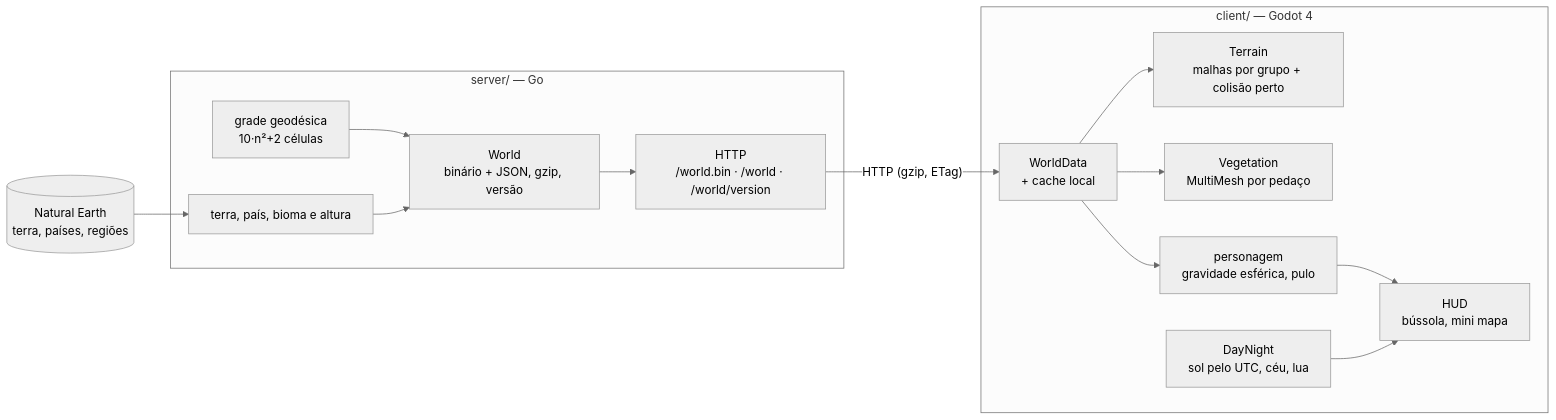
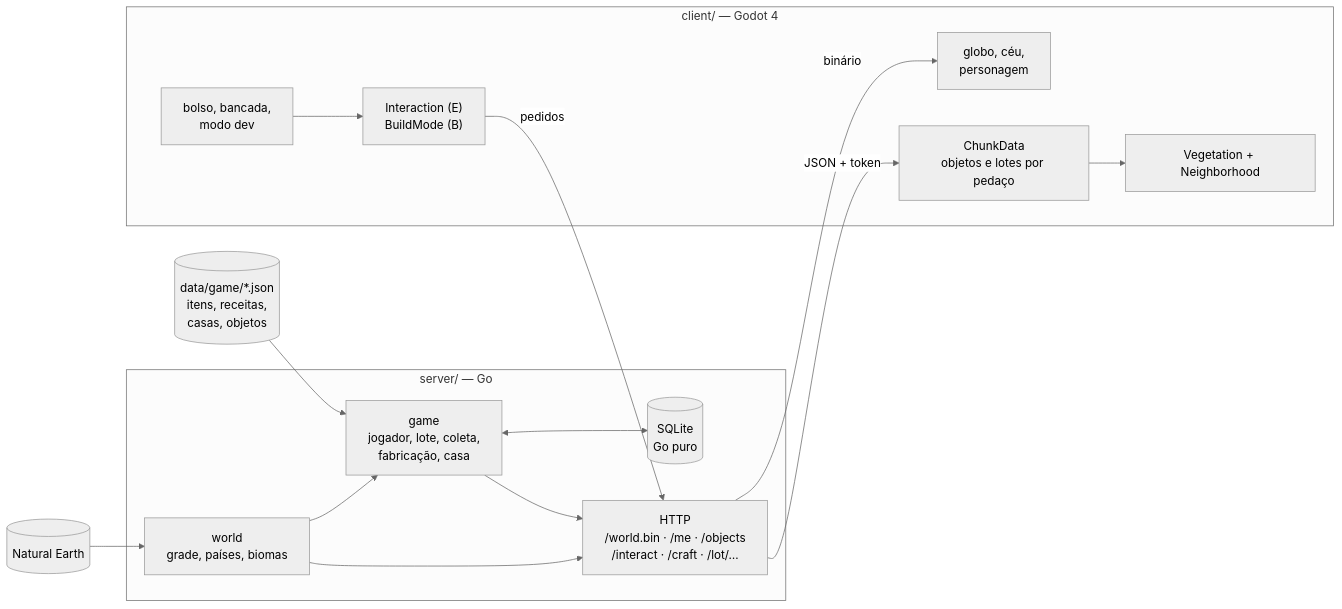
One commit to Dustyluc123/goblo changed the diagram in README.md. Above: the diagram before and after it, drawn with Mermaid (neutral theme). The commit also changed other lines of this file and 12 other files, not shown here.

````diff
--- a/README.md
+++ b/README.md
@@ -125,28 +145,29 @@
 ```mermaid
 flowchart LR
-    ne[("Natural Earth<br/>terra, países, regiões")]
+    ne[("Natural Earth")]
+    content[("data/game/*.json<br/>itens, receitas,<br/>casas, objetos")]
     subgraph server["server/ — Go"]
-        grid["grade geodésica<br/>10·n²+2 células"]
-        terrain["terra, país, bioma e altura"]
-        world["World<br/>binário + JSON, gzip, versão"]
-        api["HTTP<br/>/world.bin · /world · /world/version"]
+        world["world<br/>grade, países, biomas"]
+        game["game<br/>jogador, lote, coleta,<br/>fabricação, casa"]
+        db[("SQLite<br/>Go puro")]
+        api["HTTP<br/>/world.bin · /me · /objects<br/>/interact · /craft · /lot/…"]
     end
     subgraph client["client/ — Godot 4"]
-        data["WorldData<br/>+ cache local"]
-        mesh["Terrain<br/>malhas por grupo + colisão perto"]
-        veg["Vegetation<br/>MultiMesh por pedaço"]
-        player["personagem<br/>gravidade esférica, pulo"]
-        sky["DayNight<br/>sol pelo UTC, céu, lua"]
-        hud["HUD<br/>bússola, mini mapa"]
+        globe["globo, céu,<br/>personagem"]
+        chunks["ChunkData<br/>objetos e lotes por pedaço"]
+        draw["Vegetation + Neighborhood"]
+        play["Interaction (E)<br/>BuildMode (B)"]
+        ui["bolso, bancada,<br/>modo dev"]
     end
-    ne --> terrain
-    grid --> world
-    terrain --> world
+    ne --> world
+    content --> game
+    world --> game
+    game <--> db
     world --> api
-    api -- "HTTP (gzip, ETag)" --> data
-    data --> mesh
-    data --> veg
-    data --> player
-    player --> hud
-    sky --> hud
+    game --> api
+    api -- "binário" --> globe
+    api -- "JSON + token" --> chunks
+    chunks --> draw
+    play -- "pedidos" --> api
+    ui --> play
 ```
````
